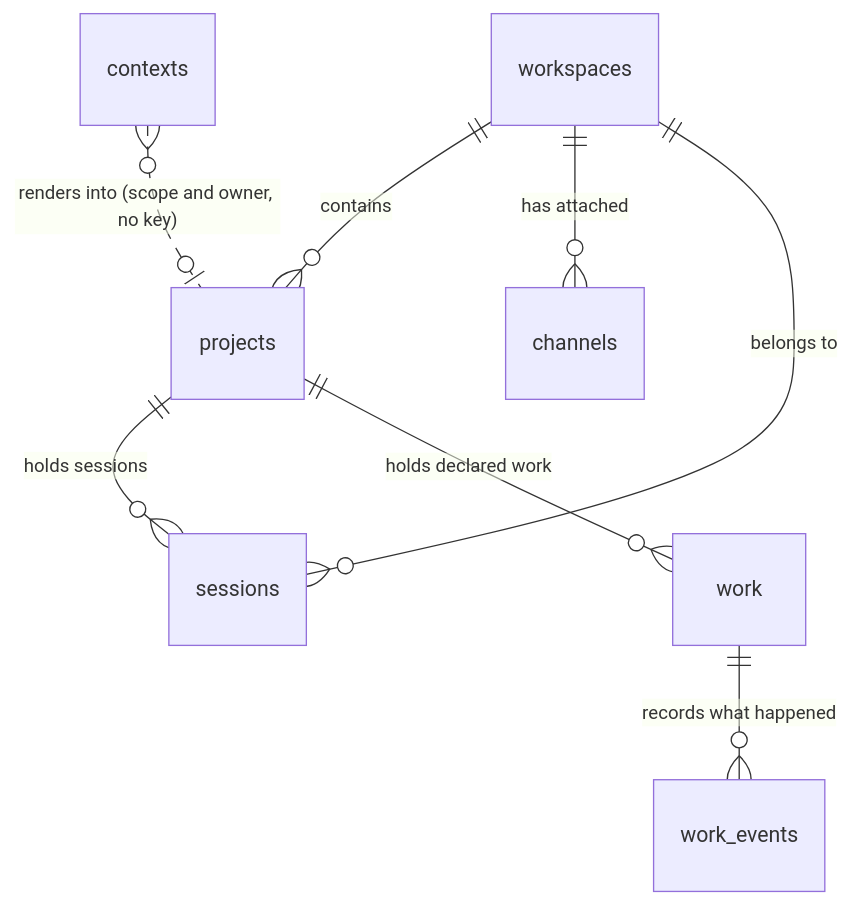
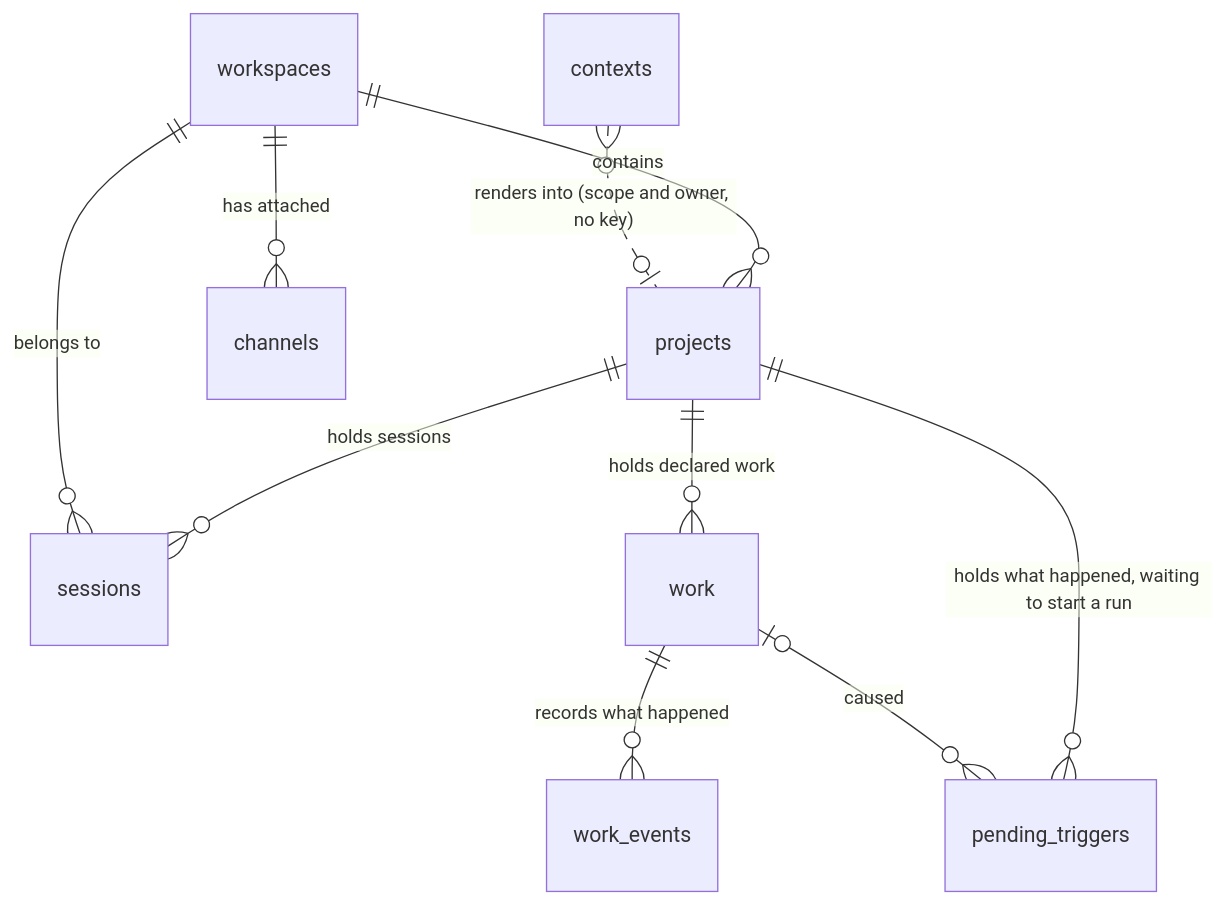
One commit to atlantic-blue/quay-crew changed the diagram in docs/DATABASE.md. Above: the diagram before and after it, drawn with Mermaid. The commit also changed other lines of this file and 26 other files, not shown here.

Commit message:
feat: a flow run starts because something happened

````diff
--- a/docs/DATABASE.md
+++ b/docs/DATABASE.md
@@ -149,10 +161,12 @@
 ```mermaid
 erDiagram
     workspaces ||--o{ projects : contains
     workspaces ||--o{ channels : "has attached"
     projects   ||--o{ sessions : "holds sessions"
     sessions }o--|| workspaces : "belongs to"
     contexts   }o..o| projects : "renders into (scope and owner, no key)"
     projects   ||--o{ work : "holds declared work"
     work       ||--o{ work_events : "records what happened"
+    projects   ||--o{ pending_triggers : "holds what happened, waiting to start a run"
+    work       |o--o{ pending_triggers : "caused"
 ```
````
